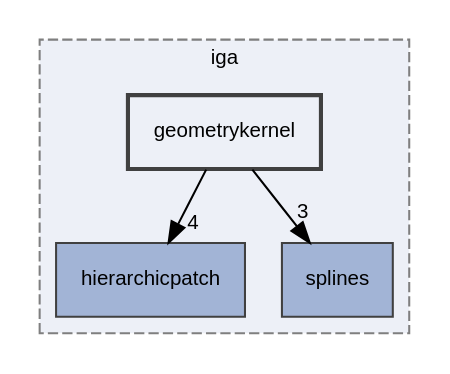
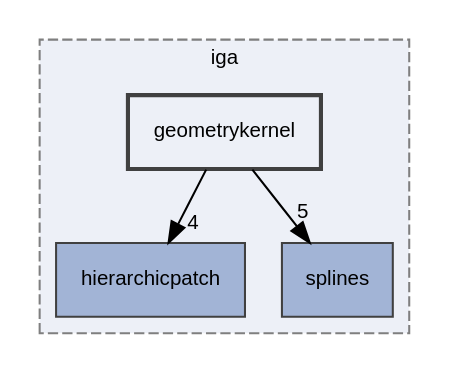
Before and after one commit to rath3t/dune-iga-doc: the diagram in dir_98571e7345f7327fea7723ec1a12d870_dep.dot, drawn with Graphviz. The commit also changed 1631 other files, not shown here.

```diff
--- a/dir_98571e7345f7327fea7723ec1a12d870_dep.dot
+++ b/dir_98571e7345f7327fea7723ec1a12d870_dep.dot
@@ -1,15 +1,15 @@
 digraph "geometrykernel"
 {
  // LATEX_PDF_SIZE
   edge [fontname="Helvetica",fontsize="10",labelfontname="Helvetica",labelfontsize="10"];
   node [fontname="Helvetica",fontsize="10",shape=record];
   compound=true
   subgraph clusterdir_d2a3c23294a1b1015b1b8e8721ddded8 {
     graph [ bgcolor="#edf0f7", pencolor="grey50", style="filled,dashed,", label="iga", fontname="Helvetica", fontsize="10", URL="dir_d2a3c23294a1b1015b1b8e8721ddded8.html"]
   dir_12fc9e68aad46ae2d80ba50ef1c96d76 [shape=box, label="hierarchicpatch", style="filled,", fillcolor="#a2b4d6", color="grey25", URL="dir_12fc9e68aad46ae2d80ba50ef1c96d76.html"];
   dir_479b904809ee7734e338128330b60cdb [shape=box, label="splines", style="filled,", fillcolor="#a2b4d6", color="grey25", URL="dir_479b904809ee7734e338128330b60cdb.html"];
   dir_98571e7345f7327fea7723ec1a12d870 [shape=box, label="geometrykernel", style="filled,bold,", fillcolor="#edf0f7", color="grey25", URL="dir_98571e7345f7327fea7723ec1a12d870.html"];
   }
   dir_98571e7345f7327fea7723ec1a12d870->dir_12fc9e68aad46ae2d80ba50ef1c96d76 [headlabel="4", labeldistance=1.5 headhref="dir_000006_000007.html"];
-  dir_98571e7345f7327fea7723ec1a12d870->dir_479b904809ee7734e338128330b60cdb [headlabel="3", labeldistance=1.5 headhref="dir_000006_000018.html"];
+  dir_98571e7345f7327fea7723ec1a12d870->dir_479b904809ee7734e338128330b60cdb [headlabel="5", labeldistance=1.5 headhref="dir_000006_000018.html"];
 }
```
